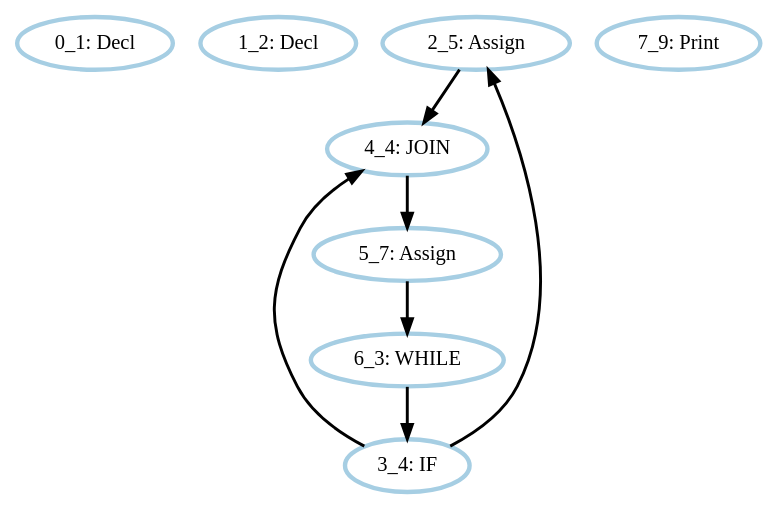
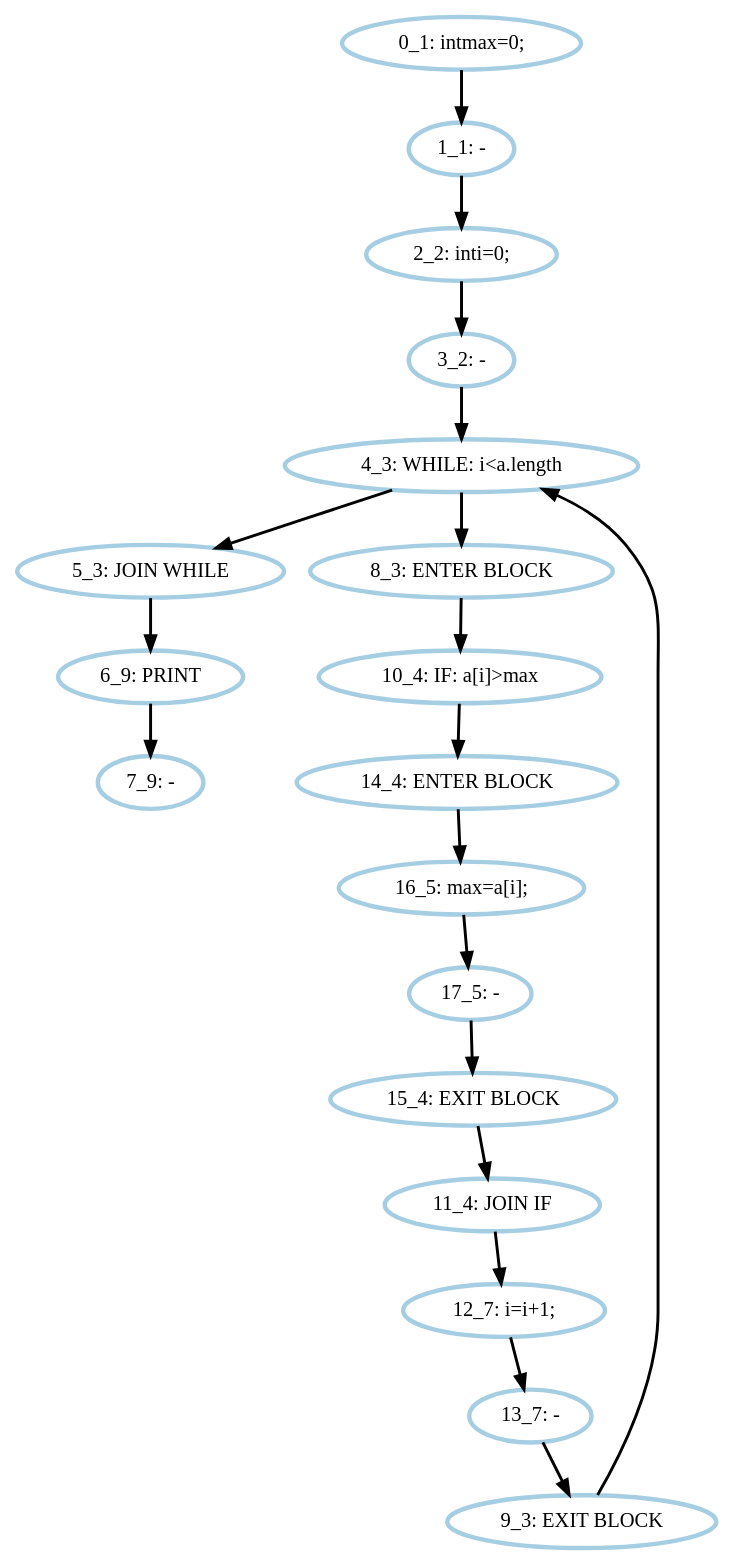
Before and after one commit to Charrey/Paradigms: the diagram in src/pp/block4/cc/file.DOT, drawn with Graphviz. The commit also changed 2 other files, not shown here.

```diff
--- a/src/pp/block4/cc/file.DOT
+++ b/src/pp/block4/cc/file.DOT
@@ -1,17 +1,39 @@
 digraph G {
-    0 [penwidth=3,label="0_1: Decl",color=1, colorscheme=paired12] 
-    1 [penwidth=3,label="1_2: Decl",color=1, colorscheme=paired12] 
-    2 [penwidth=3,label="2_5: Assign",color=1, colorscheme=paired12] 
-    3 [penwidth=3,label="3_4: IF",color=1, colorscheme=paired12] 
-    4 [penwidth=3,label="4_4: JOIN",color=1, colorscheme=paired12] 
-    5 [penwidth=3,label="5_7: Assign",color=1, colorscheme=paired12] 
-    6 [penwidth=3,label="6_3: WHILE",color=1, colorscheme=paired12] 
-    7 [penwidth=3,label="7_9: Print",color=1, colorscheme=paired12] 
+    0 [penwidth=3,label="0_1: intmax=0;",color=1, colorscheme=paired12] 
+    1 [penwidth=3,label="1_1: -",color=1, colorscheme=paired12] 
+    2 [penwidth=3,label="2_2: inti=0;",color=1, colorscheme=paired12] 
+    3 [penwidth=3,label="3_2: -",color=1, colorscheme=paired12] 
+    4 [penwidth=3,label="4_3: WHILE: i<a.length",color=1, colorscheme=paired12] 
+    5 [penwidth=3,label="5_3: JOIN WHILE",color=1, colorscheme=paired12] 
+    6 [penwidth=3,label="6_9: PRINT",color=1, colorscheme=paired12] 
+    7 [penwidth=3,label="7_9: -",color=1, colorscheme=paired12] 
+    8 [penwidth=3,label="8_3: ENTER BLOCK",color=1, colorscheme=paired12] 
+    9 [penwidth=3,label="9_3: EXIT BLOCK",color=1, colorscheme=paired12] 
+    10 [penwidth=3,label="10_4: IF: a[i]>max",color=1, colorscheme=paired12] 
+    11 [penwidth=3,label="11_4: JOIN IF",color=1, colorscheme=paired12] 
+    12 [penwidth=3,label="12_7: i=i+1;",color=1, colorscheme=paired12] 
+    13 [penwidth=3,label="13_7: -",color=1, colorscheme=paired12] 
+    14 [penwidth=3,label="14_4: ENTER BLOCK",color=1, colorscheme=paired12] 
+    15 [penwidth=3,label="15_4: EXIT BLOCK",color=1, colorscheme=paired12] 
+    16 [penwidth=3,label="16_5: max=a[i];",color=1, colorscheme=paired12] 
+    17 [penwidth=3,label="17_5: -",color=1, colorscheme=paired12] 
 
-    2->4 [penwidth=2] 
-    3->2 [penwidth=2] 
+    0->1 [penwidth=2] 
+    1->2 [penwidth=2] 
+    2->3 [penwidth=2] 
     3->4 [penwidth=2] 
+    4->8 [penwidth=2] 
     4->5 [penwidth=2] 
     5->6 [penwidth=2] 
-    6->3 [penwidth=2] 
+    6->7 [penwidth=2] 
+    8->10 [penwidth=2] 
+    9->4 [penwidth=2] 
+    10->14 [penwidth=2] 
+    11->12 [penwidth=2] 
+    12->13 [penwidth=2] 
+    13->9 [penwidth=2] 
+    14->16 [penwidth=2] 
+    15->11 [penwidth=2] 
+    16->17 [penwidth=2] 
+    17->15 [penwidth=2] 
 }
```
